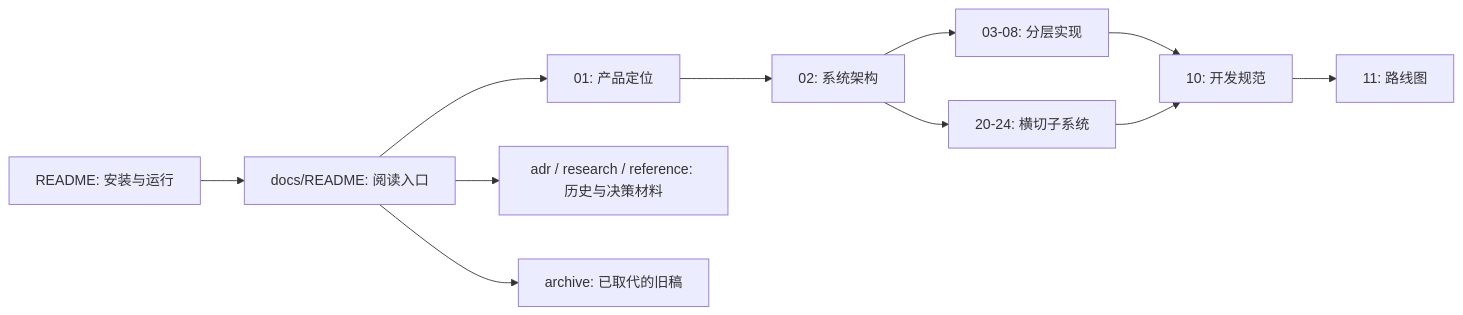
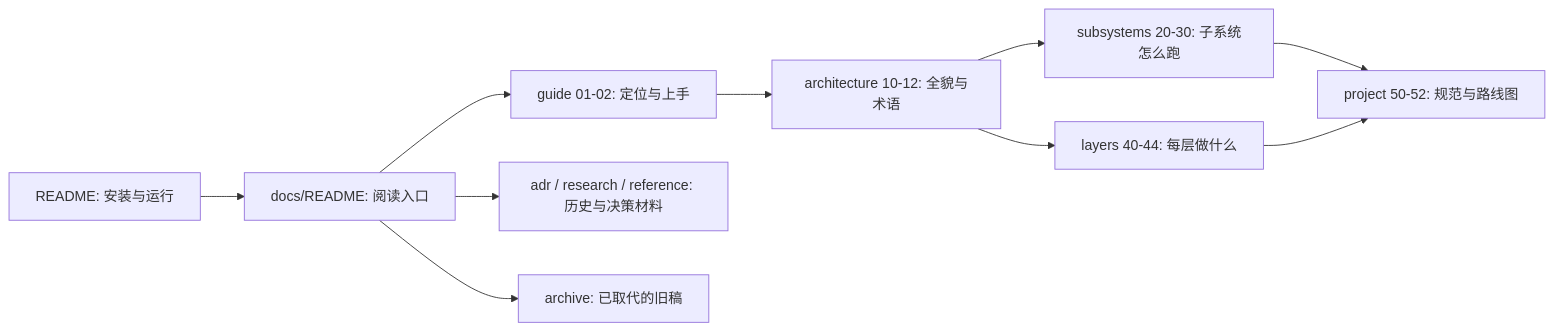
The diagram in docs/00-文档阅读指南与表达规范.md (zyt2000123/openSmith), drawn with Mermaid before and after one commit. The commit also changed other lines of this file and 88 other files, not shown here.

````diff
--- a/docs/00-文档阅读指南与表达规范.md
+++ b/docs/00-文档阅读指南与表达规范.md
@@ -15,13 +15,12 @@
 ```mermaid
 graph LR
     R["README: 安装与运行"] --> D["docs/README: 阅读入口"]
-    D --> P["01: 产品定位"]
-    P --> A["02: 系统架构"]
-    A --> I["03-08: 分层实现"]
-    A --> S["20-24: 横切子系统"]
-    I --> W["10: 开发规范"]
-    S --> W
-    W --> M["11: 路线图"]
+    D --> P["guide 01-02: 定位与上手"]
+    P --> A["architecture 10-12: 全貌与术语"]
+    A --> S["subsystems 20-30: 子系统怎么跑"]
+    A --> I["layers 40-44: 每层做什么"]
+    S --> W["project 50-52: 规范与路线图"]
+    I --> W
     D --> H["adr / research / reference: 历史与决策材料"]
     D --> Z["archive: 已取代的旧稿"]
 ```
````
